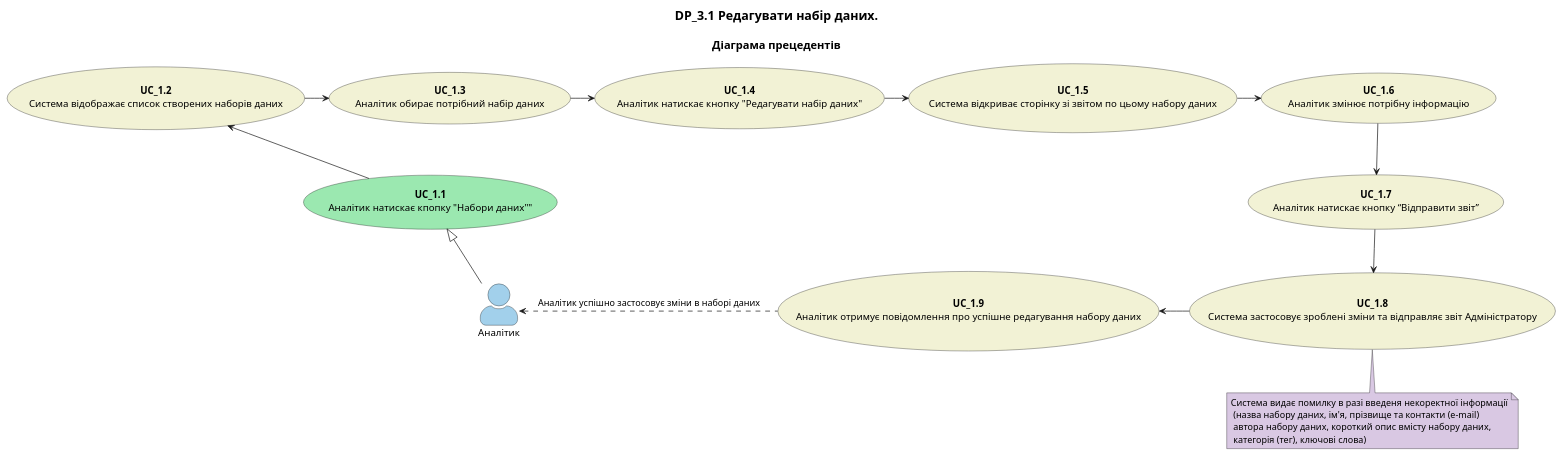
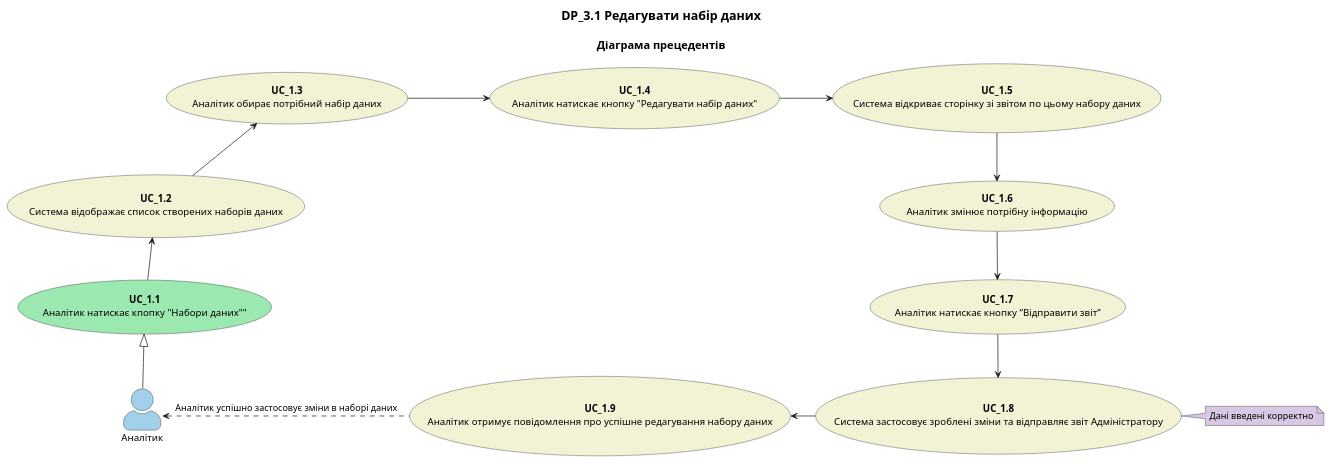
The ninth of 11 diagrams in docs/use cases/README.md (boldak/edu-db-cw), drawn with PlantUML before and after one commit.

Commit message:
docs: eddit usecases DP_3.1

```diff
--- a/docs/use cases/README.md
+++ b/docs/use cases/README.md
@@ -371,37 +371,37 @@
 @startuml
-    
+
     title
-        <font size=18 color=black>DP_3.1 Редагувати набір даних.
+        <font size=18 color=black>DP_3.1 Редагувати набір даних
 
         <font size=16 color=black>Діаграма прецедентів
     end title
 
     skinparam actorStyle awesome
 
     actor "Аналітик" as Analyst #a2d0eb
 
     usecase "<b>UC_1.1</b>\nАналітик натискає кпопку "Набори даних""" as S1 #9be8b0
     usecase "<b>UC_1.2</b>\nСистема відображає список створених наборів даних" as S2 #f2f2d5
     usecase "<b>UC_1.3</b>\nАналітик обирає потрібний набір даних" as S3 #f2f2d5
     usecase "<b>UC_1.4</b>\nАналітик натискає кнопку "Редагувати набір даних"" as S4 #f2f2d5
     usecase "<b>UC_1.5</b>\nСистема відкриває сторінку зі звітом по цьому набору даних" as S5 #f2f2d5
     usecase "<b>UC_1.6</b>\nАналітик змінює потрібну інформацію" as S6 #f2f2d5
     usecase "<b>UC_1.7</b>\nАналітик натискає кнопку “Відправити звіт”" as S7 #f2f2d5
     usecase "<b>UC_1.8</b>\nСистема застосовує зроблені зміни та відправляє звіт Адміністратору" as S8 #f2f2d5
     usecase "<b>UC_1.9</b>\nАналітик отримує повідомлення про успішне редагування набору даних" as S9 #f2f2d5
 
-    note "Система видає помилку в разі введеня некоректної інформації\n (назва набору даних, ім'я, прізвище та контакти (e-mail)\n автора набору даних, короткий опис вмісту набору даних,\n категорія (тег), ключові слова)" as EX1 #d9c8e3
+    note "Дані введені корректно" as EX1 #d9c8e3
 
     Analyst -up-|> S1
     S1 -up-> S2
-    S2 -right-> S3
+    S2 -up-> S3
     S3 -right-> S4
     S4 -right-> S5
-    S5 -right-> S6
+    S5 -down-> S6
     S6 -down-> S7
     S7 -down-> S8
+    S8 -right-> EX1
     S8 -left-> S9
-    S8 -down-> EX1
     S9 -left.> Analyst: Аналітик успішно застосовує зміни в наборі даних
-
+    
 @enduml
```
